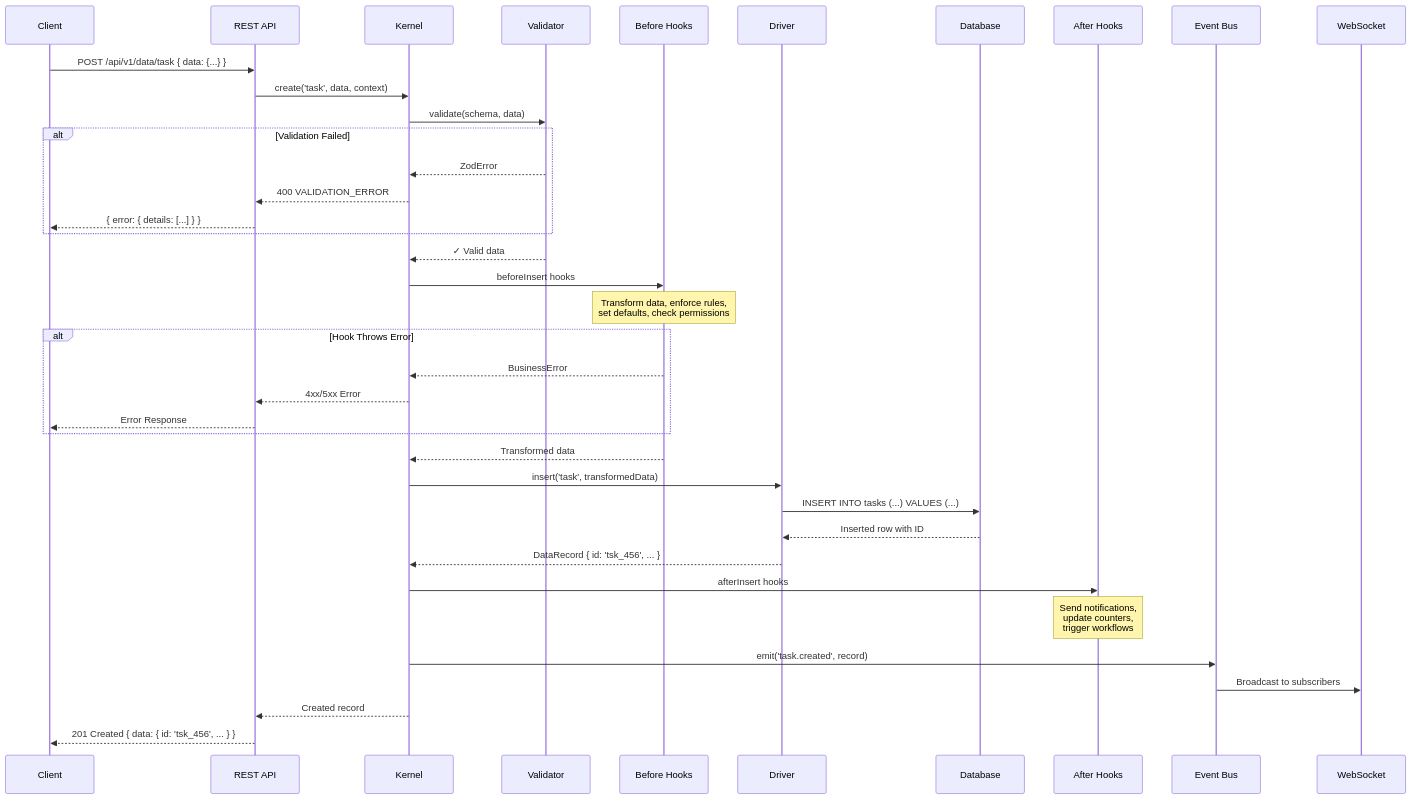
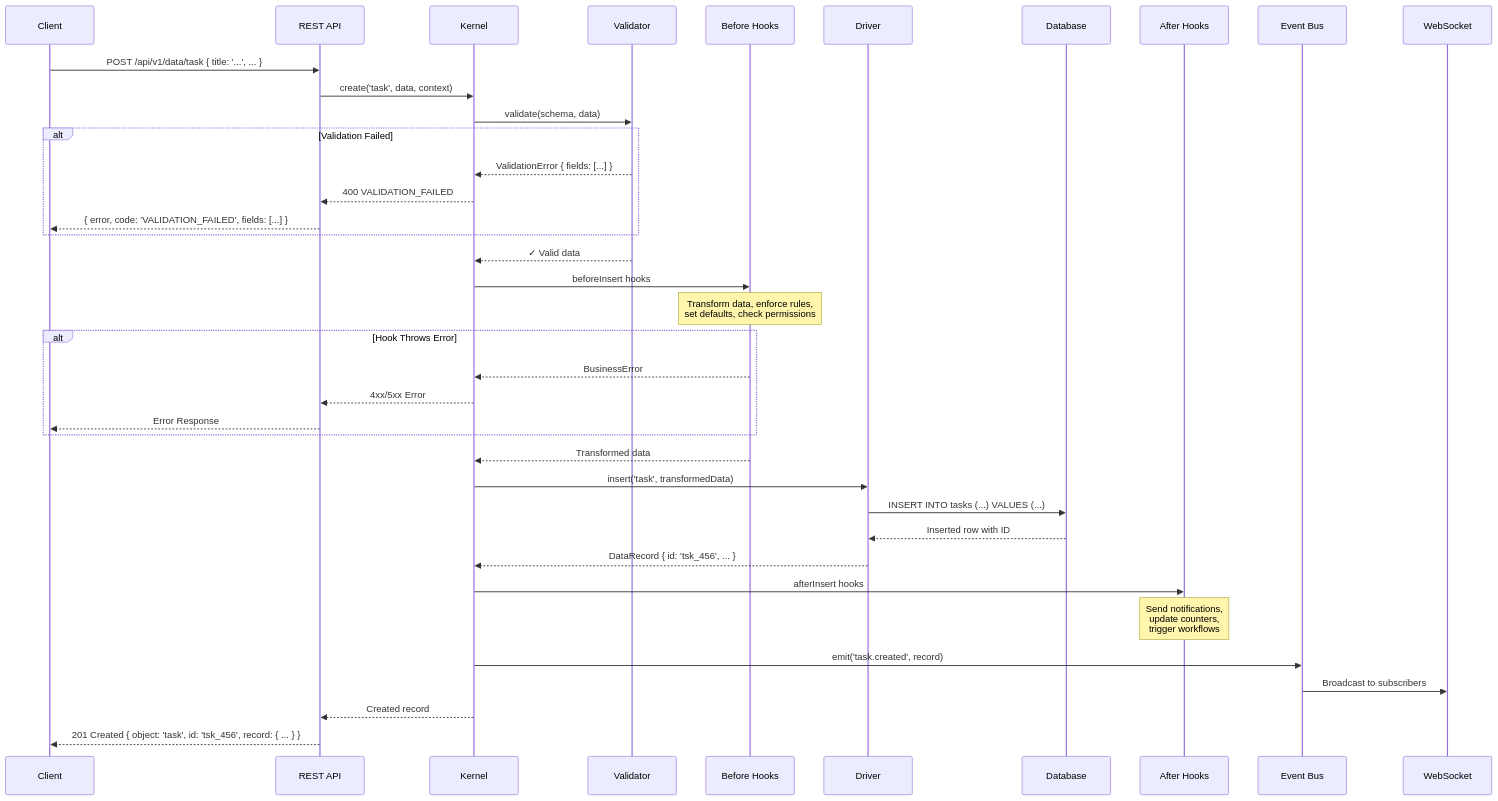
Before and after one commit to objectstack-ai/objectstack: the third of 7 diagrams in content/docs/api/data-flow.mdx, drawn with Mermaid. The commit also changed other lines of this file and 40 other files, not shown here.

````diff
--- a/content/docs/api/data-flow.mdx
+++ b/content/docs/api/data-flow.mdx
@@ -119,51 +119,51 @@
 ```mermaid
 sequenceDiagram
     participant C as Client
     participant API as REST API
     participant K as Kernel
     participant V as Validator
     participant BH as Before Hooks
     participant D as Driver
     participant DB as Database
     participant AH as After Hooks
     participant EB as Event Bus
     participant WS as WebSocket
 
-    C->>API: POST /api/v1/data/task { data: {...} }
+    C->>API: POST /api/v1/data/task { title: '...', ... }
     API->>K: create('task', data, context)
 
     K->>V: validate(schema, data)
 
     alt Validation Failed
-        V-->>K: ZodError
-        K-->>API: 400 VALIDATION_ERROR
-        API-->>C: { error: { details: [...] } }
+        V-->>K: ValidationError { fields: [...] }
+        K-->>API: 400 VALIDATION_FAILED
+        API-->>C: { error, code: 'VALIDATION_FAILED', fields: [...] }
     end
 
     V-->>K: ✓ Valid data
 
     K->>BH: beforeInsert hooks
     Note over BH: Transform data, enforce rules,<br/>set defaults, check permissions
 
     alt Hook Throws Error
         BH-->>K: BusinessError
         K-->>API: 4xx/5xx Error
         API-->>C: Error Response
     end
 
     BH-->>K: Transformed data
 
     K->>D: insert('task', transformedData)
     D->>DB: INSERT INTO tasks (...) VALUES (...)
     DB-->>D: Inserted row with ID
     D-->>K: DataRecord { id: 'tsk_456', ... }
 
     K->>AH: afterInsert hooks
     Note over AH: Send notifications,<br/>update counters,<br/>trigger workflows
 
     K->>EB: emit('task.created', record)
     EB->>WS: Broadcast to subscribers
 
     K-->>API: Created record
-    API-->>C: 201 Created { data: { id: 'tsk_456', ... } }
+    API-->>C: 201 Created { object: 'task', id: 'tsk_456', record: { ... } }
 ```
````
